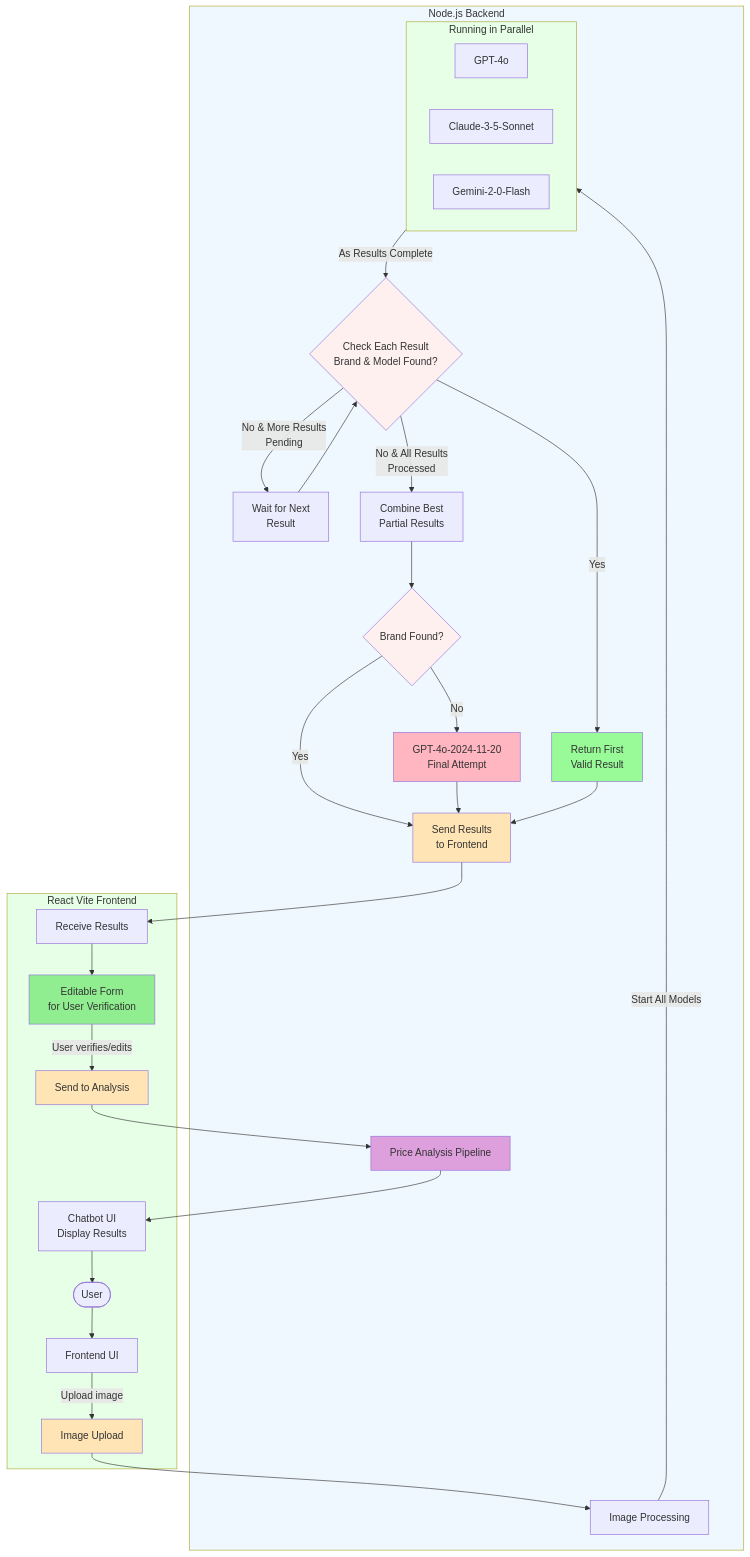
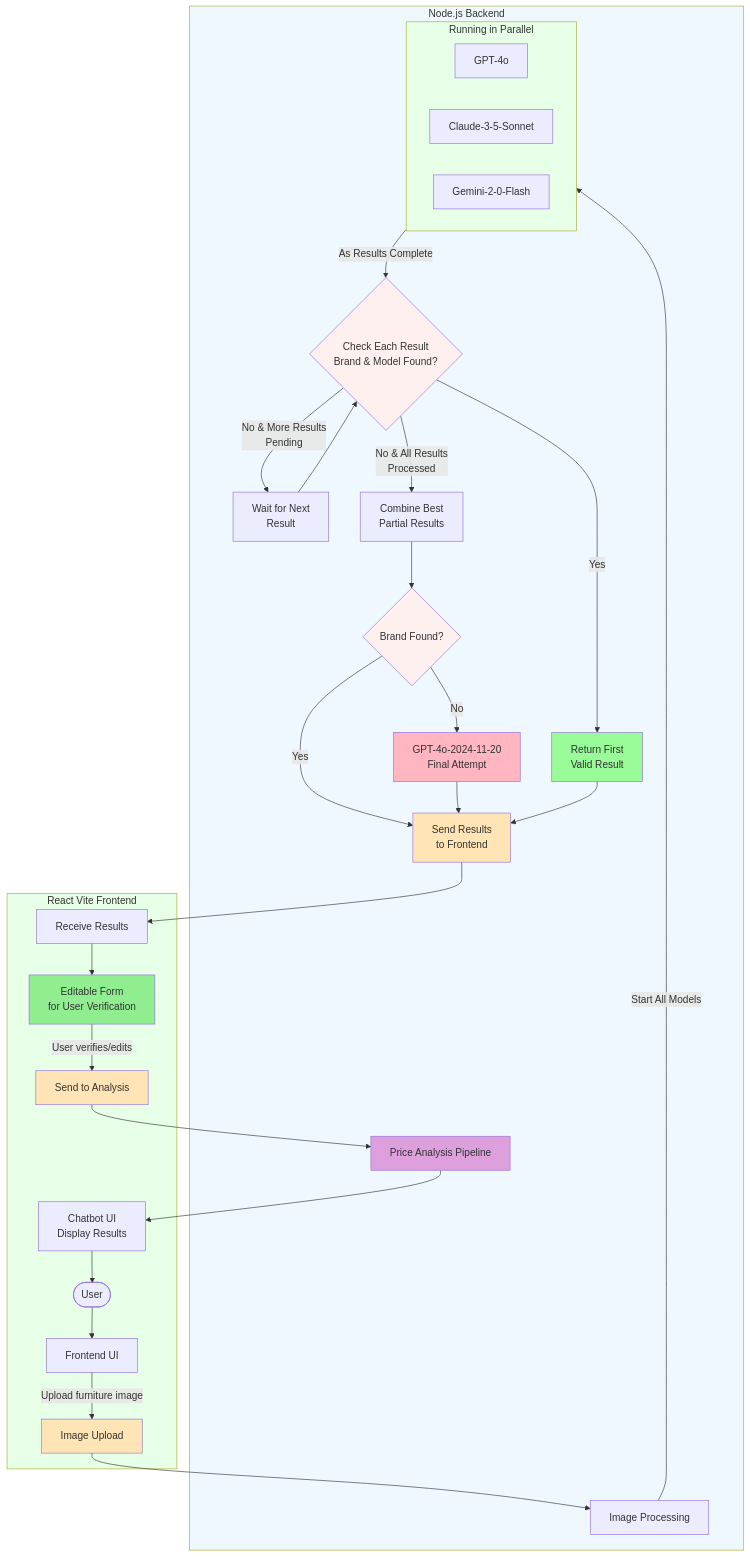
The first of 2 diagrams in README.md (team-alya/kaluste-backend), drawn with Mermaid before and after one commit.

Commit message:
update flowchart

````diff
--- a/README.md
+++ b/README.md
@@ -244,58 +244,58 @@
 ```mermaid
 flowchart TD
     User([User])
 
     subgraph FrontendProcessing[React Vite Frontend]
         User --> FrontendUI[Frontend UI]
-        FrontendUI -->|Upload image| ImageUpload[Image Upload]
+        FrontendUI -->|Upload furniture image| ImageUpload[Image Upload]
         ResultsReceived[Receive Results] --> EditableForm[Editable Form<br>for User Verification]
         EditableForm -->|User verifies/edits| SendToAnalysis[Send to Analysis]
         Chatbot[Chatbot UI<br>Display Results] --> User
     end
 
     ImageUpload --> ImageProcess[Image Processing]
 
     subgraph NodeBackend[Node.js Backend]
         ImageProcess --> |Start All Models| AsyncModels[Async Vision Models]
 
         subgraph AsyncModels[Running in Parallel]
             direction LR
             GPT4[GPT-4o]
             Claude[Claude-3-5-Sonnet]
             Gemini[Gemini-2-0-Flash]
         end
 
         AsyncModels --> |As Results Complete| ResultCheck{Check Each Result<br>Brand & Model Found?}
 
         ResultCheck -->|Yes| StopAndUse[Return First<br>Valid Result]
         ResultCheck -->|No & More Results<br>Pending| WaitNext[Wait for Next<br>Result]
         WaitNext --> ResultCheck
 
         ResultCheck -->|No & All Results<br>Processed| CombineResults[Combine Best<br>Partial Results]
 
         CombineResults --> CheckBrand{Brand Found?}
         CheckBrand -->|Yes| SendToFrontend[Send Results<br>to Frontend]
         CheckBrand -->|No| FinalGPT4[GPT-4o-2024-11-20<br>Final Attempt]
         FinalGPT4 --> SendToFrontend
 
         StopAndUse --> SendToFrontend
         
         SendToFrontend --> ResultsReceived
         
         SendToAnalysis --> PriceAnalysis[Price Analysis Pipeline]
         PriceAnalysis --> Chatbot
     end
 
     style NodeBackend fill:#f0f8ff
     style FrontendProcessing fill:#e6ffe6
     style AsyncModels fill:#e6ffe6
     style ResultCheck fill:#fff0f0
     style EditableForm fill:#90EE90
     style StopAndUse fill:#98FB98
     style FinalGPT4 fill:#FFB6C1
     style CheckBrand fill:#fff0f0
     style PriceAnalysis fill:#DDA0DD
     style SendToFrontend fill:#FFE4B5
     style ImageUpload fill:#FFE4B5
     style SendToAnalysis fill:#FFE4B5
 ```
````
